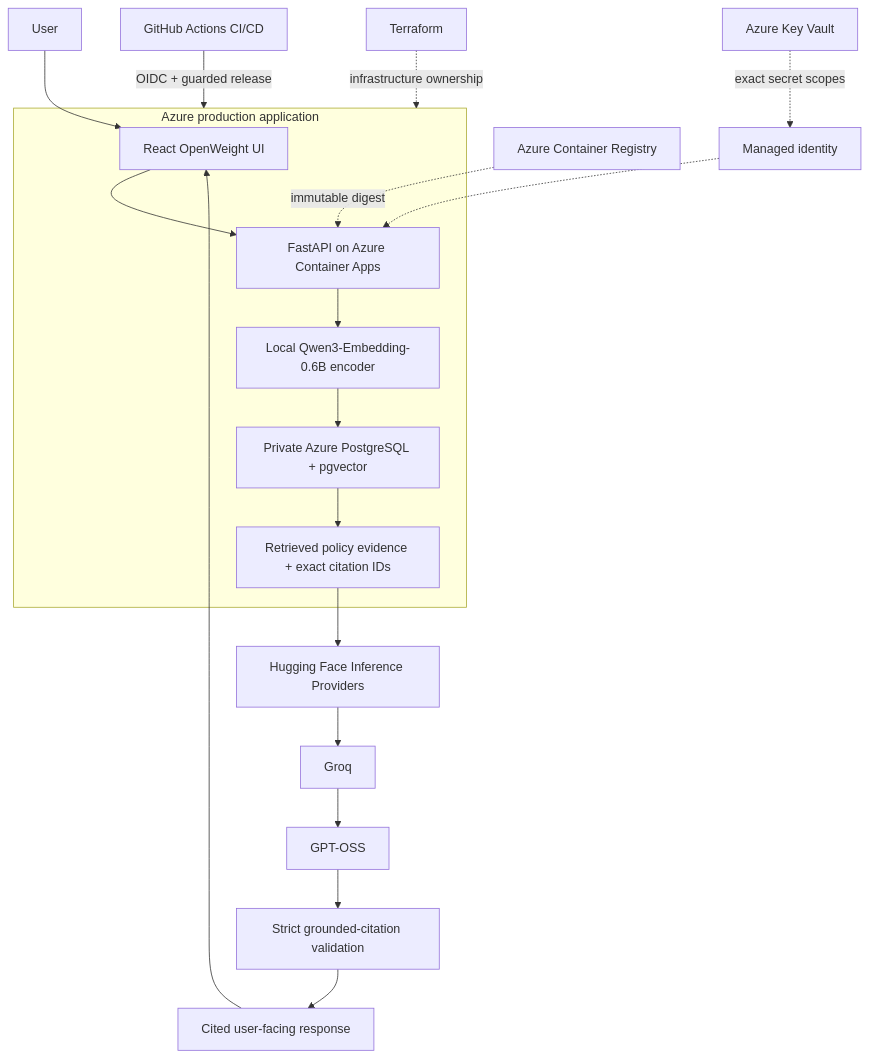
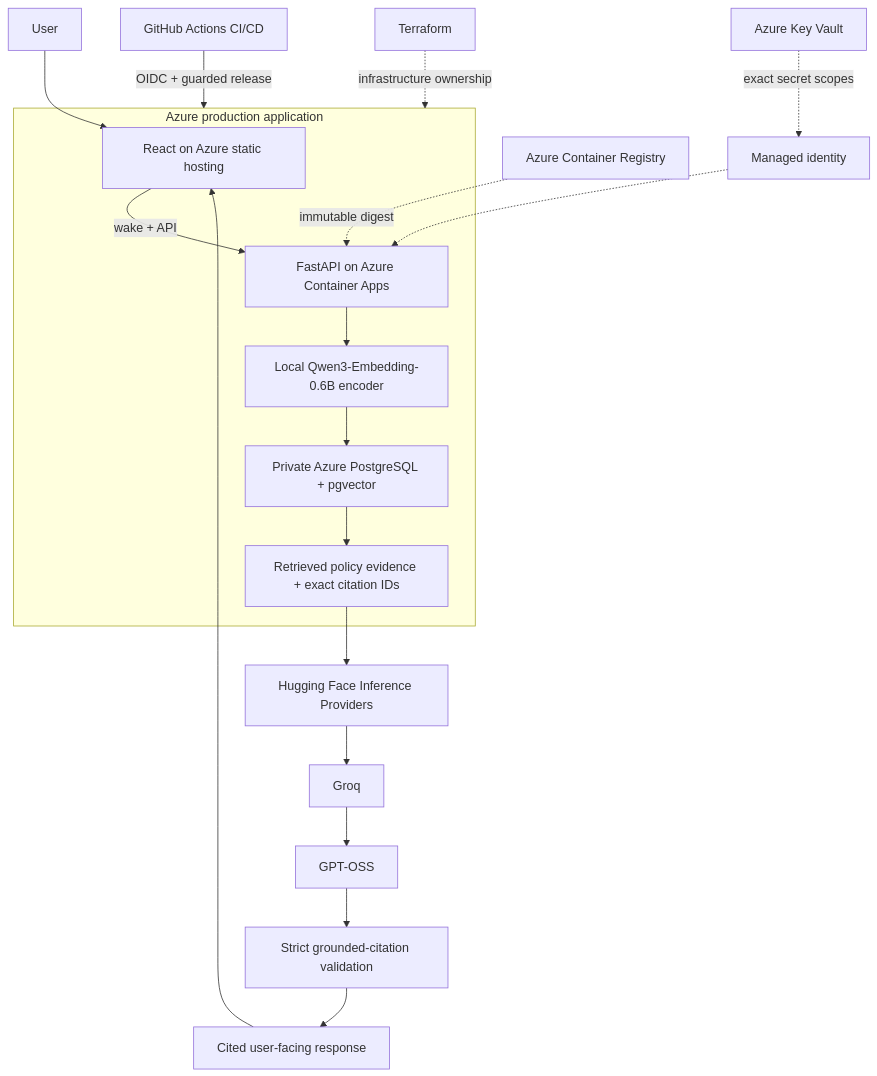
Before and after one commit to JosephATerry/openweight: the diagram in README.md, drawn with Mermaid. The commit also changed other lines of this file and 22 other files, not shown here.

First line of the commit message:
Add Azure wake-up frontend experience (#10)

````diff
--- a/README.md
+++ b/README.md
@@ -50,24 +50,24 @@
 ```mermaid
 flowchart TB
     user["User"] --> ui["React OpenWeight UI"]
 
     subgraph azure["Azure production application"]
-        ui --> api["FastAPI on Azure Container Apps"]
+        ui["React on Azure static hosting"] -->|"wake + API"| api["FastAPI on Azure Container Apps"]
         api --> qwen["Local Qwen3-Embedding-0.6B encoder"]
         qwen --> pg["Private Azure PostgreSQL + pgvector"]
         pg --> evidence["Retrieved policy evidence + exact citation IDs"]
     end
 
     evidence --> hf["Hugging Face Inference Providers"]
     hf --> groq["Groq"]
     groq --> gpt["GPT-OSS"]
     gpt --> validation["Strict grounded-citation validation"]
     validation --> response["Cited user-facing response"]
     response --> ui
 
     actions["GitHub Actions CI/CD"] -->|"OIDC + guarded release"| azure
     terraform["Terraform"] -.->|"infrastructure ownership"| azure
     acr["Azure Container Registry"] -.->|"immutable digest"| api
     identity["Managed identity"] -.-> api
     vault["Azure Key Vault"] -.->|"exact secret scopes"| identity
 ```
````
